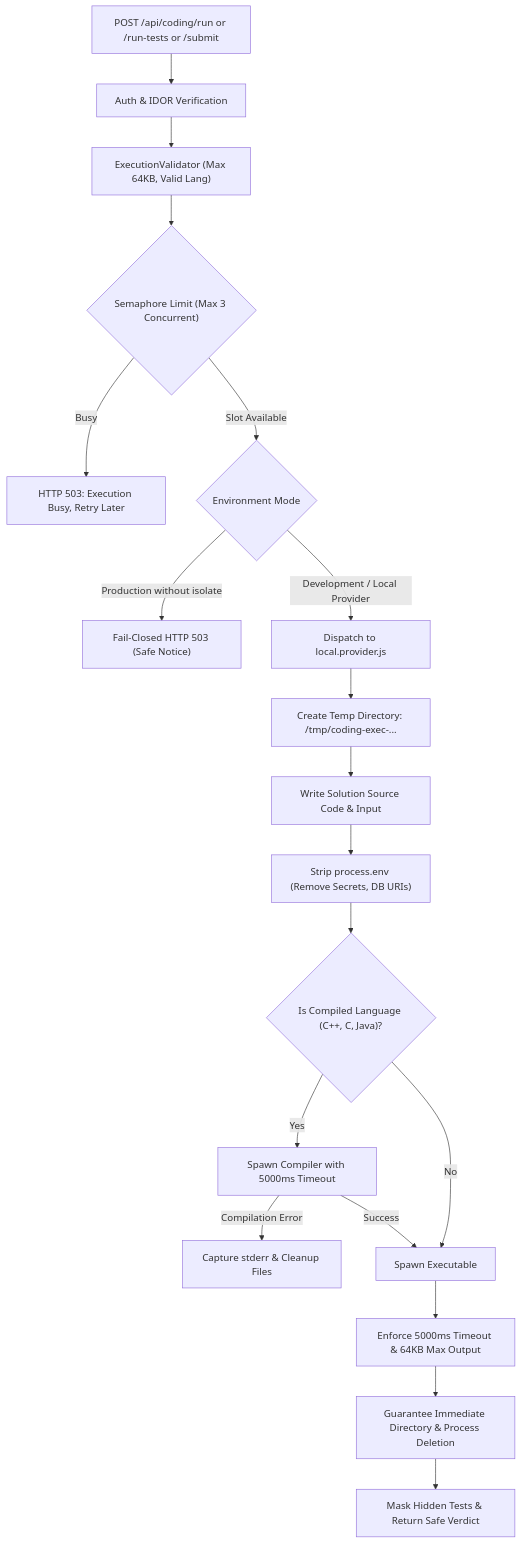
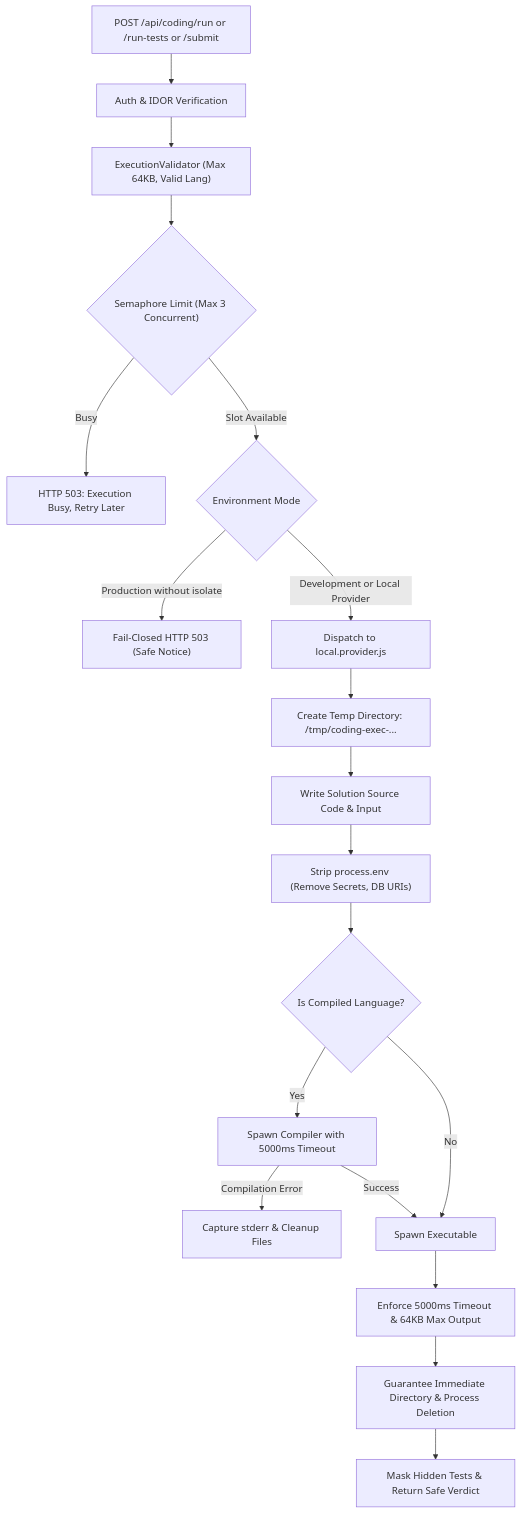
Before and after one commit to KRISHNA-0425/Prepper: the fifth of 6 diagrams in README.md, drawn with Mermaid. The commit also changed other lines of this file, not shown here.

Commit message:
fix(docs): resolve GitHub Mermaid parsing errors by quoting link labels and normalizing state/ER diagram syntax

````diff
--- a/README.md
+++ b/README.md
@@ -337,26 +329,26 @@
 ```mermaid
 flowchart TD
     Req["POST /api/coding/run or /run-tests or /submit"] --> AuthCheck["Auth & IDOR Verification"]
     AuthCheck --> ValCheck["ExecutionValidator (Max 64KB, Valid Lang)"]
     ValCheck --> ConcurrencyCheck{"Semaphore Limit (Max 3 Concurrent)"}
     
-    ConcurrencyCheck -->|Busy| Reject503["HTTP 503: Execution Busy, Retry Later"]
-    ConcurrencyCheck -->|Slot Available| EnvCheck{"Environment Mode"}
+    ConcurrencyCheck -->|"Busy"| Reject503["HTTP 503: Execution Busy, Retry Later"]
+    ConcurrencyCheck -->|"Slot Available"| EnvCheck{"Environment Mode"}
 
-    EnvCheck -->|Production without isolate| FailClosed["Fail-Closed HTTP 503 (Safe Notice)"]
-    EnvCheck -->|Development / Local Provider| Dispatch["Dispatch to local.provider.js"]
+    EnvCheck -->|"Production without isolate"| FailClosed["Fail-Closed HTTP 503 (Safe Notice)"]
+    EnvCheck -->|"Development or Local Provider"| Dispatch["Dispatch to local.provider.js"]
 
     Dispatch --> EphemeralDir["Create Temp Directory: /tmp/coding-exec-..."]
     EphemeralDir --> WriteSrc["Write Solution Source Code & Input"]
     WriteSrc --> IsolateEnv["Strip process.env (Remove Secrets, DB URIs)"]
 
-    IsolateEnv --> CompileStep{"Is Compiled Language (C++, C, Java)?"}
-    CompileStep -->|Yes| SpawnCompiler["Spawn Compiler with 5000ms Timeout"]
-    SpawnCompiler -->|Compilation Error| ReturnCompileErr["Capture stderr & Cleanup Files"]
-    SpawnCompiler -->|Success| SpawnRunner["Spawn Executable"]
-    CompileStep -->|No| SpawnRunner
+    IsolateEnv --> CompileStep{"Is Compiled Language?"}
+    CompileStep -->|"Yes"| SpawnCompiler["Spawn Compiler with 5000ms Timeout"]
+    SpawnCompiler -->|"Compilation Error"| ReturnCompileErr["Capture stderr & Cleanup Files"]
+    SpawnCompiler -->|"Success"| SpawnRunner["Spawn Executable"]
+    CompileStep -->|"No"| SpawnRunner
 
     SpawnRunner --> EnforceLimits["Enforce 5000ms Timeout & 64KB Max Output"]
     EnforceLimits --> Cleanup["Guarantee Immediate Directory & Process Deletion"]
     Cleanup --> FormatOutput["Mask Hidden Tests & Return Safe Verdict"]
 ```
````
